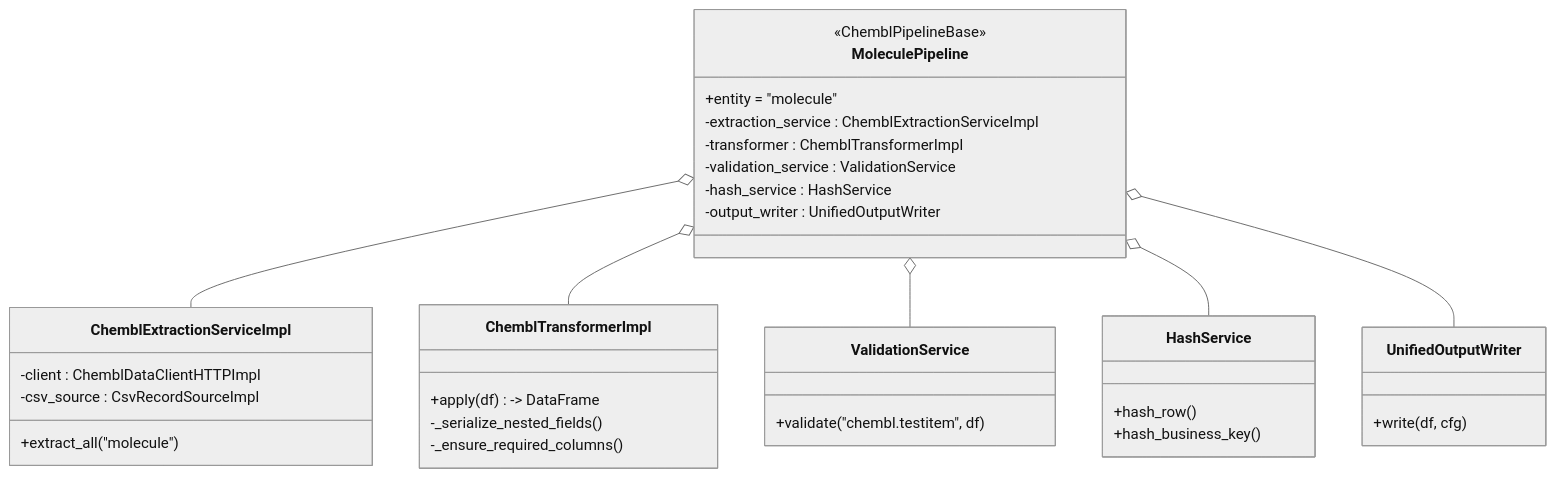
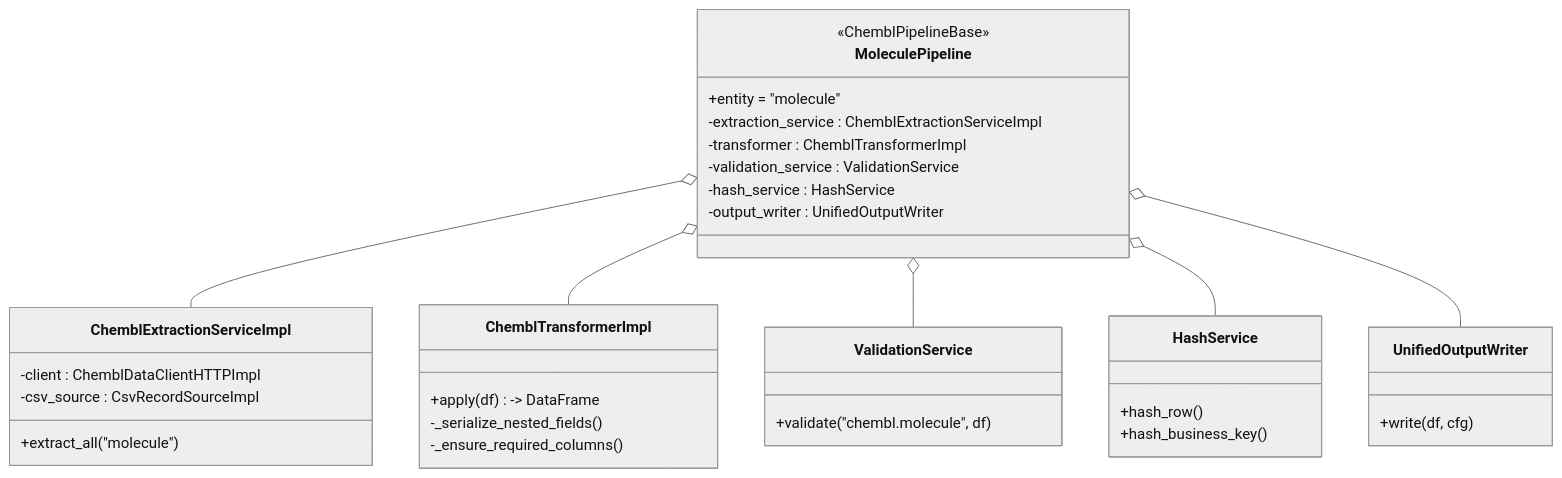
Before and after one commit to SatoryKono/BioactivityDataAcquisition: the diagram in docs/application/pipelines/chembl/molecule/diagrams/class/molecule-pipeline-class.mmd, drawn with Mermaid (neutral theme). The commit also changed 44 other files, not shown here.

Commit message:
refactor: unify chembl molecule pipeline naming

```diff
--- a/docs/application/pipelines/chembl/molecule/diagrams/class/molecule-pipeline-class.mmd
+++ b/docs/application/pipelines/chembl/molecule/diagrams/class/molecule-pipeline-class.mmd
@@ -1,41 +1,41 @@
 classDiagram
     class MoleculePipeline {
         <<ChemblPipelineBase>>
         +entity = "molecule"
         -extraction_service : ChemblExtractionServiceImpl
         -transformer : ChemblTransformerImpl
         -validation_service : ValidationService
         -hash_service : HashService
         -output_writer : UnifiedOutputWriter
     }
 
     class ChemblExtractionServiceImpl {
         +extract_all("molecule")
         -client : ChemblDataClientHTTPImpl
         -csv_source : CsvRecordSourceImpl
     }
 
     class ChemblTransformerImpl {
         +apply(df) -> DataFrame
         -_serialize_nested_fields()
         -_ensure_required_columns()
     }
 
     class ValidationService {
-        +validate("chembl.testitem", df)
+        +validate("chembl.molecule", df)
     }
 
     class HashService {
         +hash_row()
         +hash_business_key()
     }
 
     class UnifiedOutputWriter {
         +write(df, cfg)
     }
 
     MoleculePipeline o-- ChemblExtractionServiceImpl
     MoleculePipeline o-- ChemblTransformerImpl
     MoleculePipeline o-- ValidationService
     MoleculePipeline o-- HashService
     MoleculePipeline o-- UnifiedOutputWriter
```
